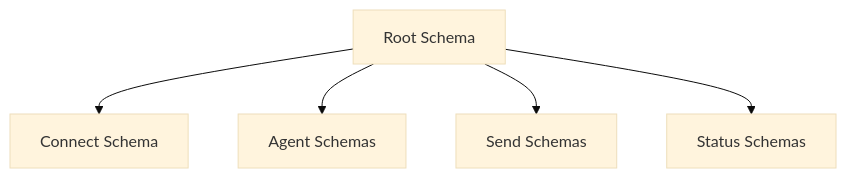
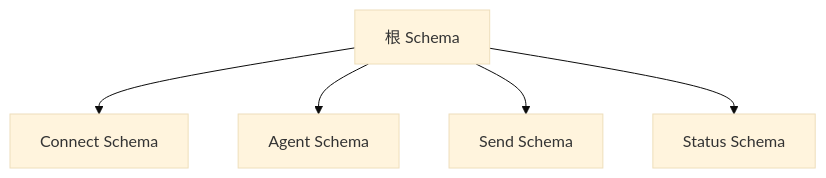
Before and after one commit to a576378368/openclaw_docs: the second of 4 diagrams in docs/zh/architecture-book/part-4-gateway-protocol/01-protocol-overview.md, drawn with Mermaid (base theme). The commit also changed other lines of this file and 4 other files, not shown here.

````diff
--- a/docs/zh/architecture-book/part-4-gateway-protocol/01-protocol-overview.md
+++ b/docs/zh/architecture-book/part-4-gateway-protocol/01-protocol-overview.md
@@ -107,13 +107,13 @@
 ```mermaid
 flowchart TB
-    Root[Root Schema]
+    Root[根 Schema]
     Connect[Connect Schema]
-    Agent[Agent Schemas]
-    Send[Send Schemas]
-    Status[Status Schemas]
+    Agent[Agent Schema]
+    Send[Send Schema]
+    Status[Status Schema]
 
     Root --> Connect
     Root --> Agent
     Root --> Send
     Root --> Status
 ```
````
